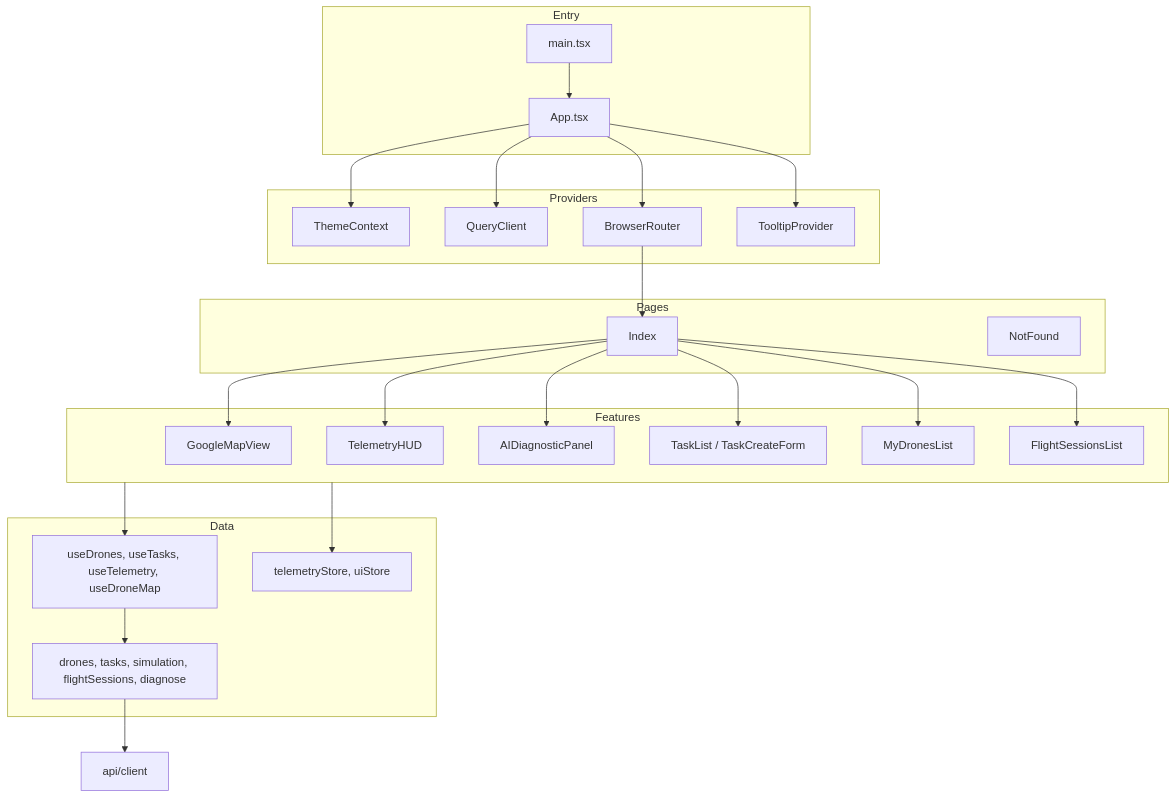
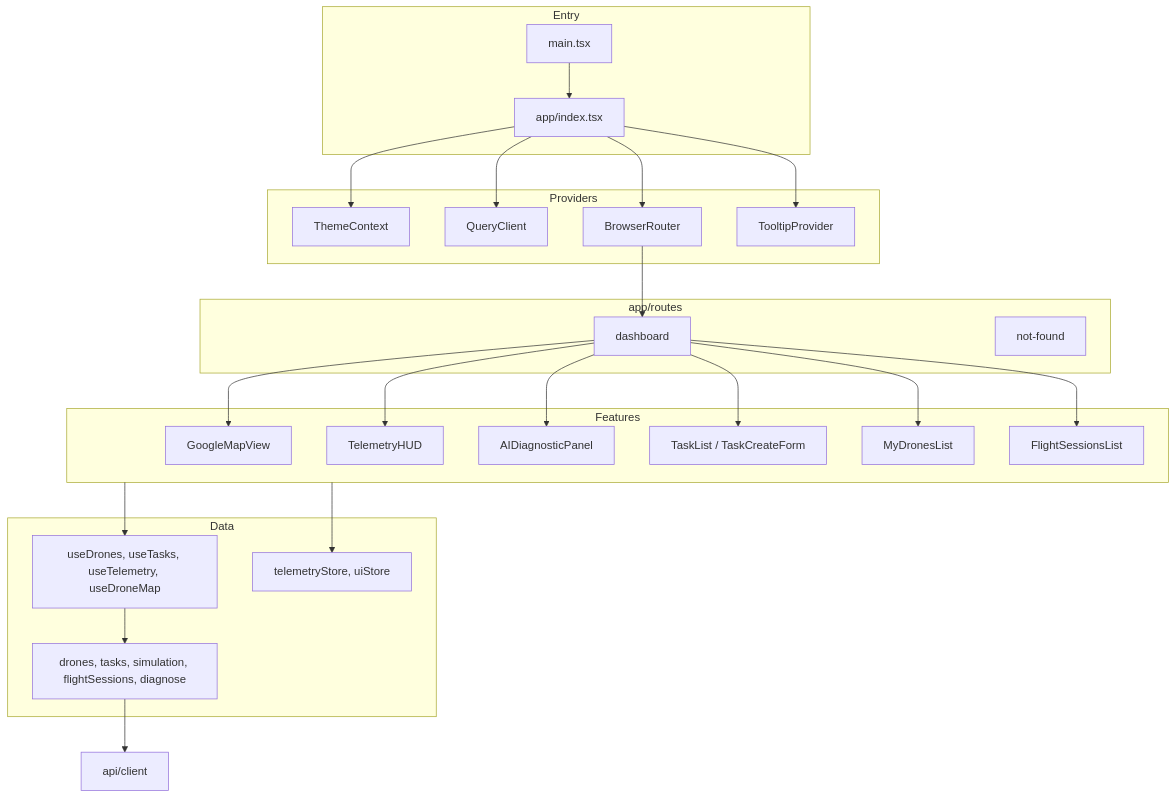
Before and after one commit to sam821203/InsightAero: the second of 3 diagrams in README.md, drawn with Mermaid. The commit also changed other lines of this file and 15 other files, not shown here.

````diff
--- a/README.md
+++ b/README.md
@@ -273,46 +253,46 @@
 ```mermaid
 flowchart TB
   subgraph Entry
     main[main.tsx]
-    App[App.tsx]
+    App[app/index.tsx]
   end
   subgraph Providers
     Theme[ThemeContext]
     Query[QueryClient]
     Router[BrowserRouter]
     Tooltip[TooltipProvider]
   end
-  subgraph Pages
-    Index[Index]
-    NotFound[NotFound]
+  subgraph Routes["app/routes"]
+    Index[dashboard]
+    NotFound[not-found]
   end
   subgraph Features
     Map[GoogleMapView]
     HUD[TelemetryHUD]
     AI[AIDiagnosticPanel]
     Tasks[TaskList / TaskCreateForm]
     Drones[MyDronesList]
     Sessions[FlightSessionsList]
   end
   subgraph Data
     hooks[useDrones, useTasks, useTelemetry, useDroneMap]
     stores[telemetryStore, uiStore]
     api[drones, tasks, simulation, flightSessions, diagnose]
   end
   main --> App
   App --> Theme
   App --> Query
   App --> Router
   App --> Tooltip
   Router --> Index
   Index --> Map
   Index --> HUD
   Index --> AI
   Index --> Tasks
   Index --> Drones
   Index --> Sessions
   Features --> hooks
   Features --> stores
   hooks --> api
   api --> client[api/client]
 ```
````
